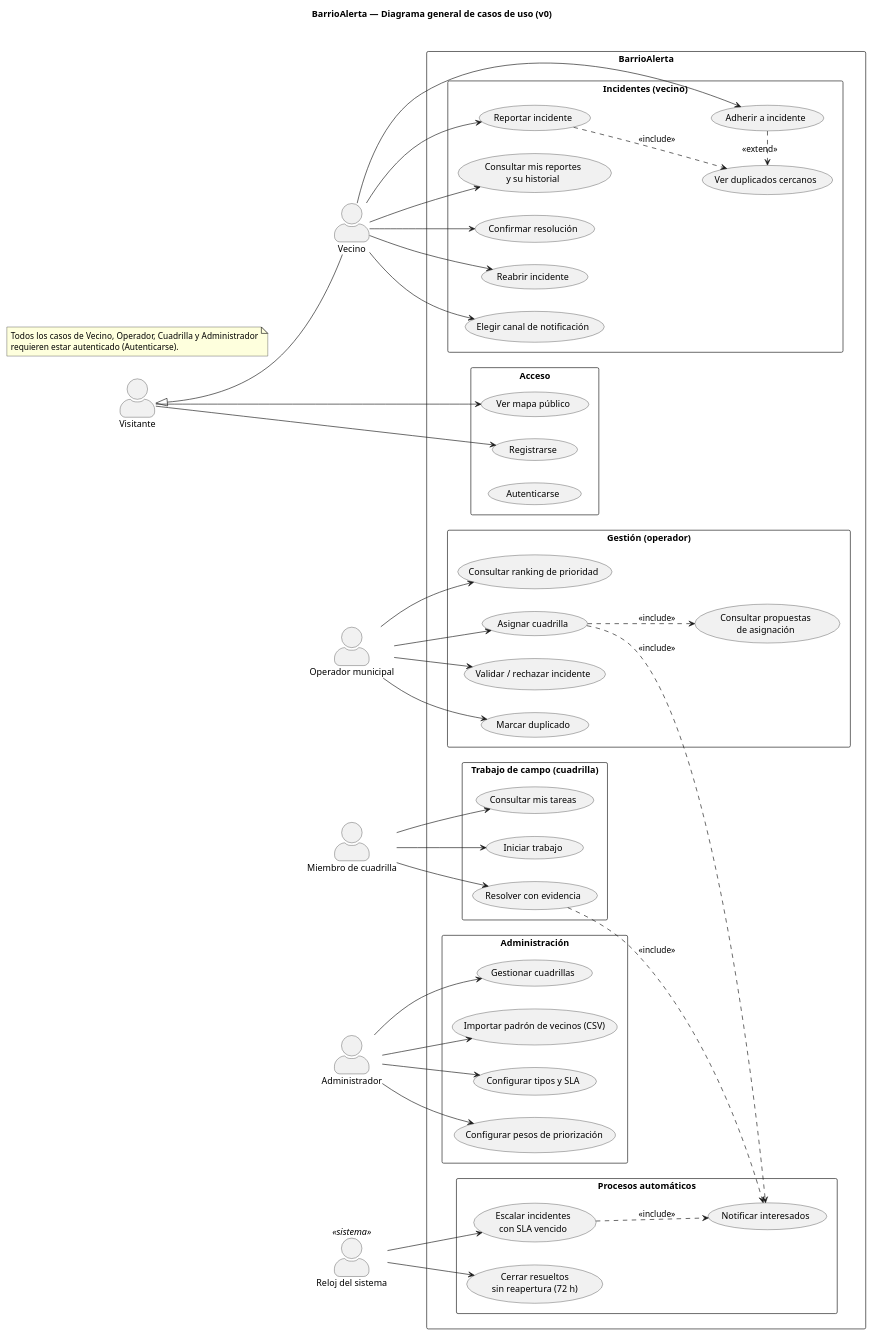
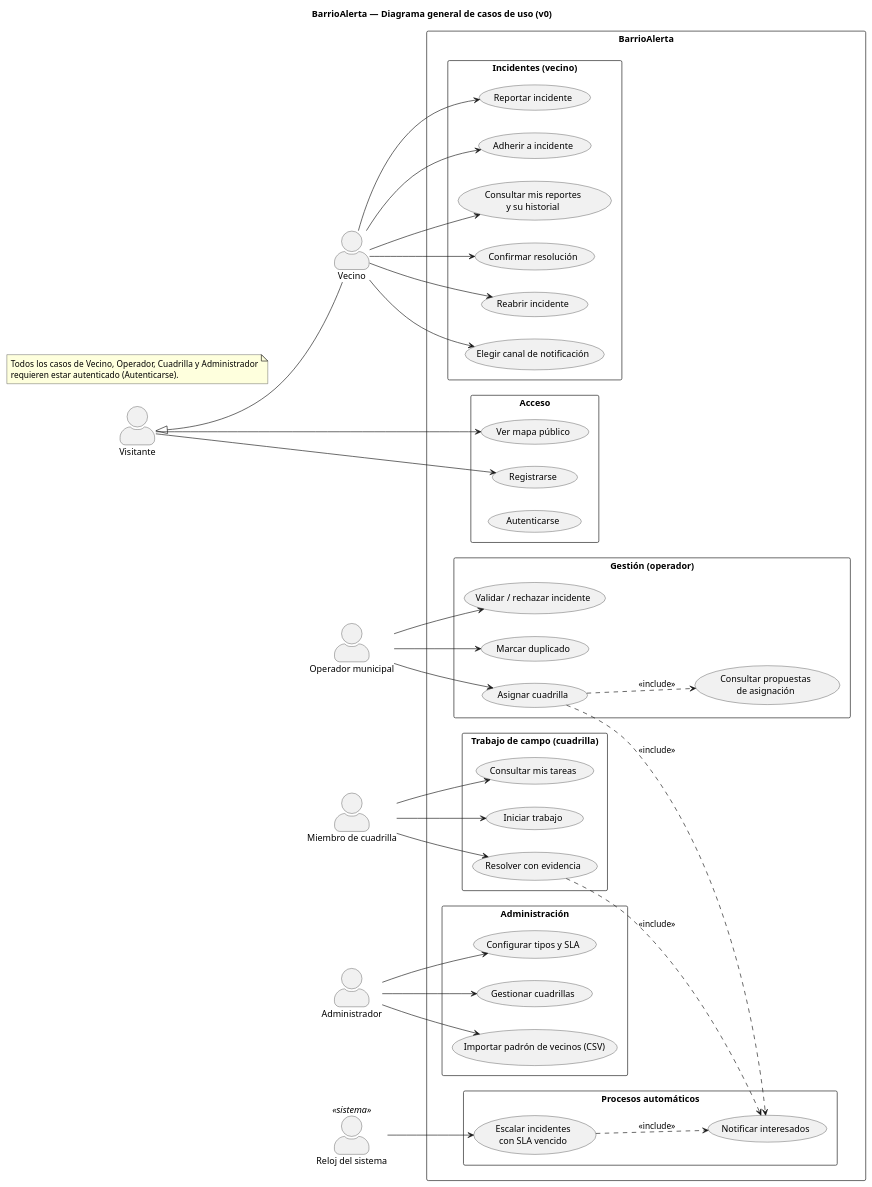
The diagram in docs/diagramas/casos-de-uso.puml (tolmedo/barrioalerta), drawn with PlantUML before and after one commit. The commit also changed 19 other files, not shown here.

```diff
--- a/docs/diagramas/casos-de-uso.puml
+++ b/docs/diagramas/casos-de-uso.puml
@@ -1,97 +1,88 @@
 @startuml casos-de-uso
 title BarrioAlerta — Diagrama general de casos de uso (v0)
 left to right direction
 skinparam packageStyle rectangle
 skinparam actorStyle awesome
 
 actor "Visitante" as Visitante
 actor "Vecino" as Vecino
 actor "Operador municipal" as Operador
 actor "Miembro de cuadrilla" as Cuadrilla
 actor "Administrador" as Admin
 actor "Reloj del sistema" as Reloj <<sistema>>
 
 Visitante <|-- Vecino
 
 rectangle "BarrioAlerta" {
   package "Acceso" {
     usecase "Ver mapa público" as UC_Mapa
     usecase "Registrarse" as UC_Registro
     usecase "Autenticarse" as UC_Login
   }
 
   package "Incidentes (vecino)" {
     usecase "Reportar incidente" as UC_Reportar
-    usecase "Ver duplicados cercanos" as UC_VerDup
     usecase "Adherir a incidente" as UC_Adherir
     usecase "Consultar mis reportes\ny su historial" as UC_MisReportes
     usecase "Confirmar resolución" as UC_Cerrar
     usecase "Reabrir incidente" as UC_Reabrir
     usecase "Elegir canal de notificación" as UC_Canal
   }
 
   package "Gestión (operador)" {
     usecase "Validar / rechazar incidente" as UC_Validar
     usecase "Marcar duplicado" as UC_MarcarDup
-    usecase "Consultar ranking de prioridad" as UC_Ranking
     usecase "Asignar cuadrilla" as UC_Asignar
     usecase "Consultar propuestas\nde asignación" as UC_Propuestas
   }
 
   package "Trabajo de campo (cuadrilla)" {
     usecase "Consultar mis tareas" as UC_Tareas
     usecase "Iniciar trabajo" as UC_Iniciar
     usecase "Resolver con evidencia" as UC_Resolver
   }
 
   package "Administración" {
     usecase "Configurar tipos y SLA" as UC_Tipos
-    usecase "Configurar pesos de priorización" as UC_Pesos
     usecase "Gestionar cuadrillas" as UC_Cuadrillas
     usecase "Importar padrón de vecinos (CSV)" as UC_Importar
   }
 
   package "Procesos automáticos" {
     usecase "Escalar incidentes\ncon SLA vencido" as UC_Escalar
-    usecase "Cerrar resueltos\nsin reapertura (72 h)" as UC_AutoCierre
     usecase "Notificar interesados" as UC_Notificar
   }
 }
 
 Visitante --> UC_Mapa
 Visitante --> UC_Registro
 Vecino --> UC_Reportar
 Vecino --> UC_Adherir
 Vecino --> UC_MisReportes
 Vecino --> UC_Cerrar
 Vecino --> UC_Reabrir
 Vecino --> UC_Canal
 
 Operador --> UC_Validar
 Operador --> UC_MarcarDup
-Operador --> UC_Ranking
 Operador --> UC_Asignar
 
 Cuadrilla --> UC_Tareas
 Cuadrilla --> UC_Iniciar
 Cuadrilla --> UC_Resolver
 
 Admin --> UC_Tipos
-Admin --> UC_Pesos
 Admin --> UC_Cuadrillas
 Admin --> UC_Importar
 
 Reloj --> UC_Escalar
-Reloj --> UC_AutoCierre
 
-UC_Reportar ..> UC_VerDup : <<include>>
-UC_Adherir .> UC_VerDup : <<extend>>
 UC_Asignar ..> UC_Propuestas : <<include>>
 UC_Escalar ..> UC_Notificar : <<include>>
 UC_Asignar ..> UC_Notificar : <<include>>
 UC_Resolver ..> UC_Notificar : <<include>>
 note as N1
   Todos los casos de Vecino, Operador, Cuadrilla y Administrador
   requieren estar autenticado (Autenticarse).
 end note
 @enduml
```
